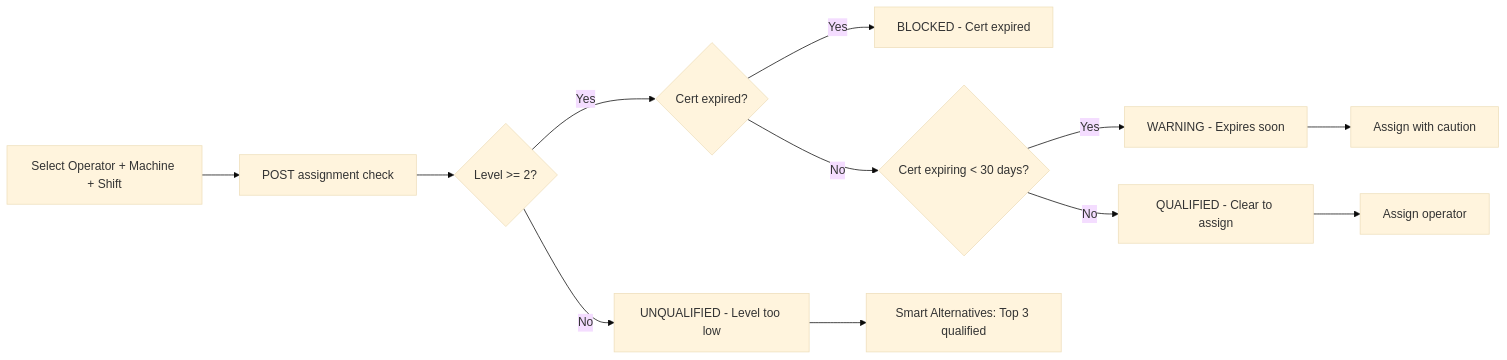
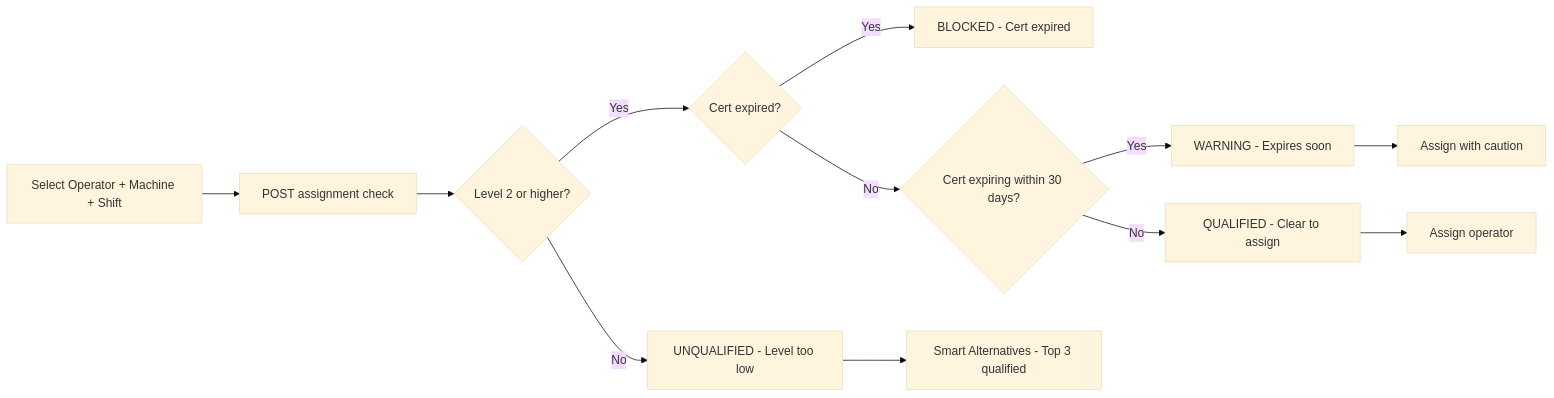
The third of 8 diagrams in README.md (awakenedarpit/skillsforge), drawn with Mermaid (base theme) before and after one commit. The commit also changed other lines of this file, not shown here.

Commit message:
fix: sanitize Mermaid diagrams syntax and clean ER diagram relationships

````diff
--- a/README.md
+++ b/README.md
@@ -161,14 +161,14 @@
 ```mermaid
 flowchart LR
     A["Select Operator + Machine + Shift"] --> B["POST assignment check"]
-    B --> C{Level >= 2?}
+    B --> C{"Level 2 or higher?"}
     C -- No --> D["UNQUALIFIED - Level too low"]
-    C -- Yes --> E{Cert expired?}
+    C -- Yes --> E{"Cert expired?"}
     E -- Yes --> F["BLOCKED - Cert expired"]
-    E -- No --> G{"Cert expiring < 30 days?"}
+    E -- No --> G{"Cert expiring within 30 days?"}
     G -- Yes --> H["WARNING - Expires soon"]
     G -- No --> I["QUALIFIED - Clear to assign"]
-    D --> J["Smart Alternatives: Top 3 qualified"]
-    H --> K[Assign with caution]
-    I --> L[Assign operator]
+    D --> J["Smart Alternatives - Top 3 qualified"]
+    H --> K["Assign with caution"]
+    I --> L["Assign operator"]
 ```
````
